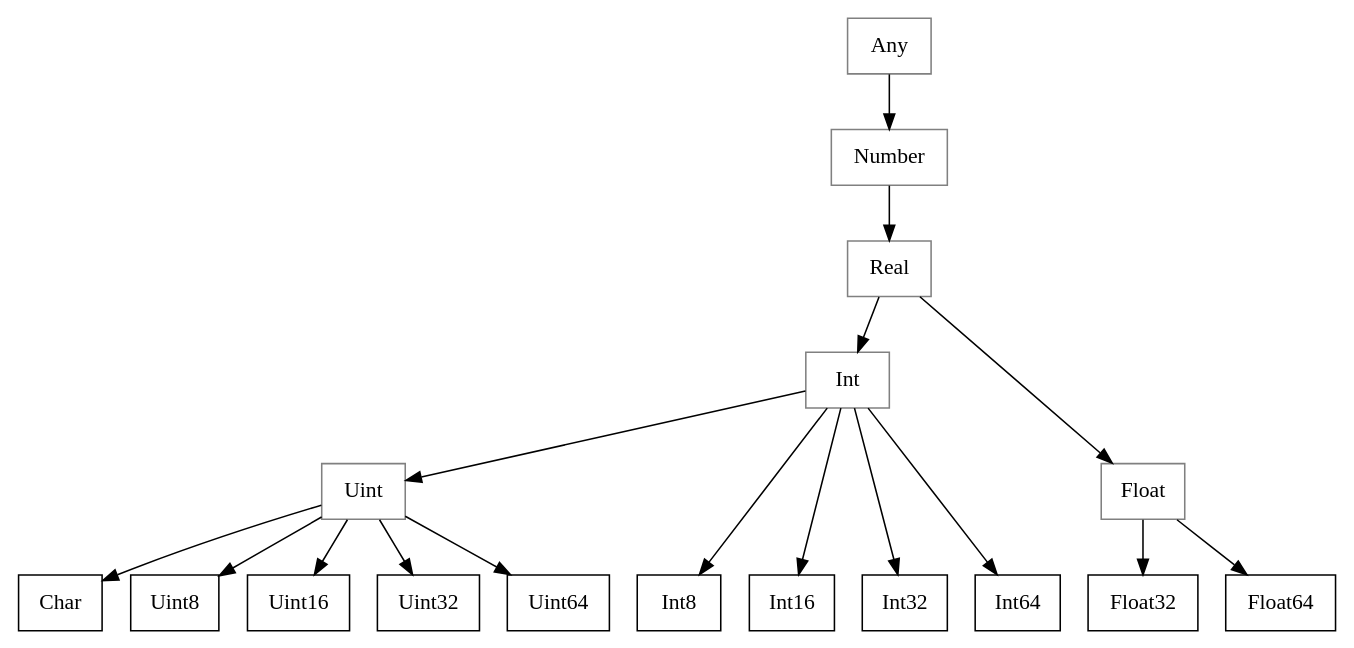
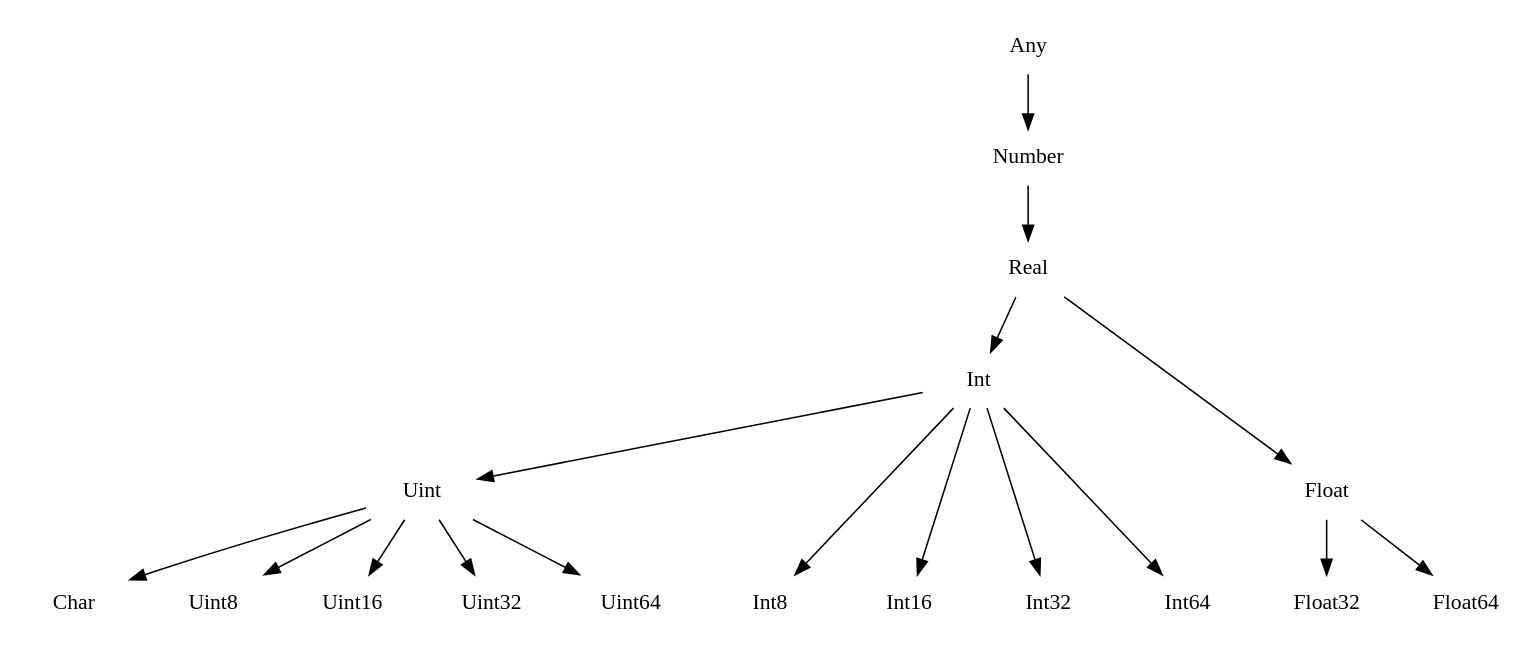
The diagram in doc/ints_and_floats.dot (JuliaLang/julia), drawn with Graphviz before and after one commit. The commit also changed 2 other files, not shown here.

Commit message:
Diagram for Int and Float type relations.

```diff
--- a/doc/ints_and_floats.dot
+++ b/doc/ints_and_floats.dot
@@ -1,43 +1,39 @@
 digraph Types {
-
-  node [shape=box]
-  node [color=gray]
+  node [shape=none,width=1]
 
   Any -> Number -> Real
   Real -> Int -> Uint
   Real -> Float
-
-  node [color=black]
 
   Int -> Int8
   Int -> Int16
   Int -> Int32
   Int -> Int64
 
   Uint -> Char
   Uint -> Uint8
   Uint -> Uint16
   Uint -> Uint32
   Uint -> Uint64
 
   Float -> Float32
   Float -> Float64
 
   subgraph Concrete {
     rank = same;
 
     Int8
     Int16
     Int32
     Int64
 
     Char
     Uint8
     Uint16
     Uint32
     Uint64
 
     Float32
     Float64
   }
 }
```
